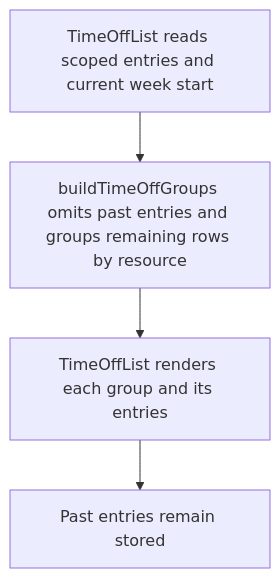
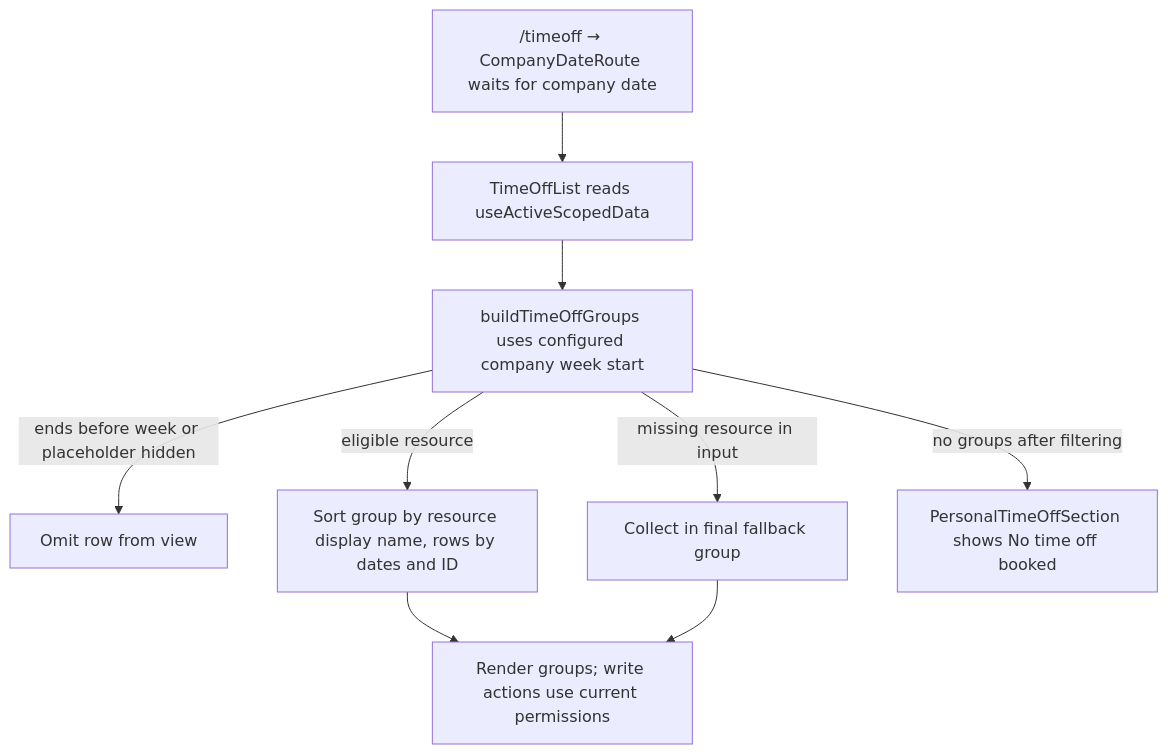
The second of 2 diagrams in user-stories/time-off/US-TOF-05-grouped-forward-view.md (Kevinjohn/capacitylens), drawn with Mermaid before and after one commit. The commit also changed other lines of this file and 172 other files, not shown here.

Commit message:
docs: reconcile user story code flows with source

````diff
--- a/user-stories/time-off/US-TOF-05-grouped-forward-view.md
+++ b/user-stories/time-off/US-TOF-05-grouped-forward-view.md
@@ -33,6 +33,11 @@
 ```mermaid
 flowchart TD
-  A["TimeOffList reads scoped entries and current week start"] --> B["buildTimeOffGroups omits past entries and groups remaining rows by resource"]
-  B --> C["TimeOffList renders each group and its entries"]
-  C --> D["Past entries remain stored"]
+  Entry["/timeoff → CompanyDateRoute waits for company date"] --> Data["TimeOffList reads useActiveScopedData"]
+  Data --> Groups["buildTimeOffGroups uses configured company week start"]
+  Groups -->|ends before week or placeholder hidden| Omit["Omit row from view"]
+  Groups -->|missing resource in input| Unknown["Collect in final fallback group"]
+  Groups -->|eligible resource| Sort["Sort group by resource display name, rows by dates and ID"]
+  Groups -->|no groups after filtering| Empty["PersonalTimeOffSection shows No time off booked"]
+  Sort --> Show["Render groups; write actions use current permissions"]
+  Unknown --> Show
 ```
````
